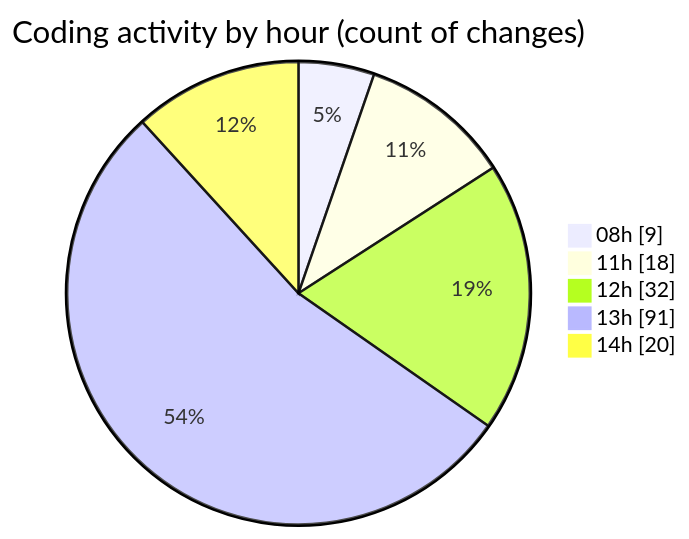
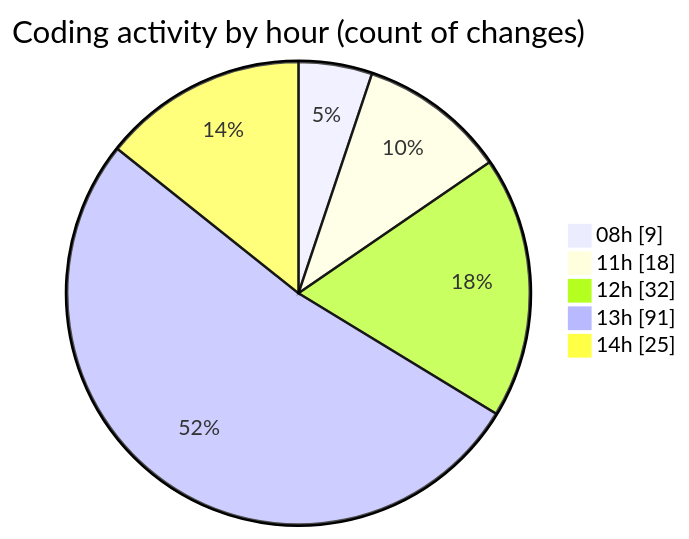
Before and after one commit to momahboobian/code-tracking: the second of 2 diagrams in 2026-04-17/cda/README.md, drawn with Mermaid. The commit also changed other lines of this file and 1 other file, not shown here.

````diff
--- a/2026-04-17/cda/README.md
+++ b/2026-04-17/cda/README.md
@@ -63,9 +64,9 @@
 ```mermaid
 pie showData
 title Coding activity by hour (count of changes)
 "08h" : 9
 "11h" : 18
 "12h" : 32
 "13h" : 91
-"14h" : 20
+"14h" : 25
 ```
````
